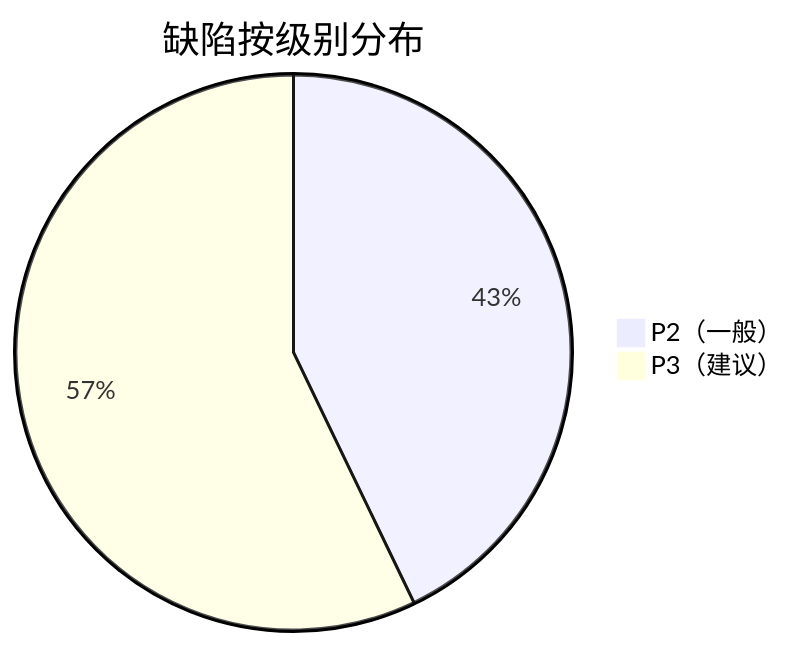
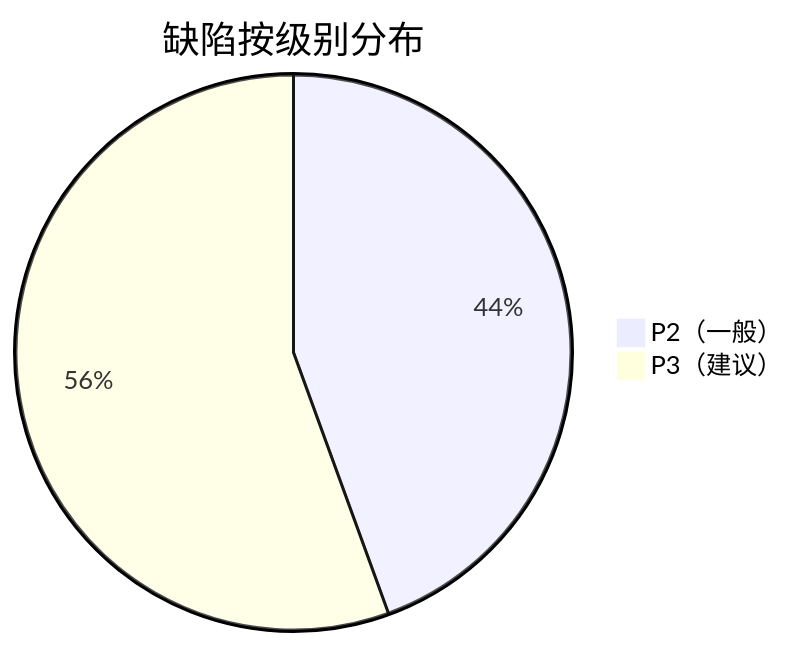
The diagram in docs/测试报告-缺陷.md (wswhhhc/jingxuan-), drawn with Mermaid before and after one commit. The commit also changed other lines of this file and 5 other files, not shown here.

````diff
--- a/docs/测试报告-缺陷.md
+++ b/docs/测试报告-缺陷.md
@@ -94,5 +103,5 @@
 ```mermaid
 pie title 缺陷按级别分布
-    "P2（一般）" : 3
-    "P3（建议）" : 4
+    "P2（一般）" : 4
+    "P3（建议）" : 5
 ```
````
